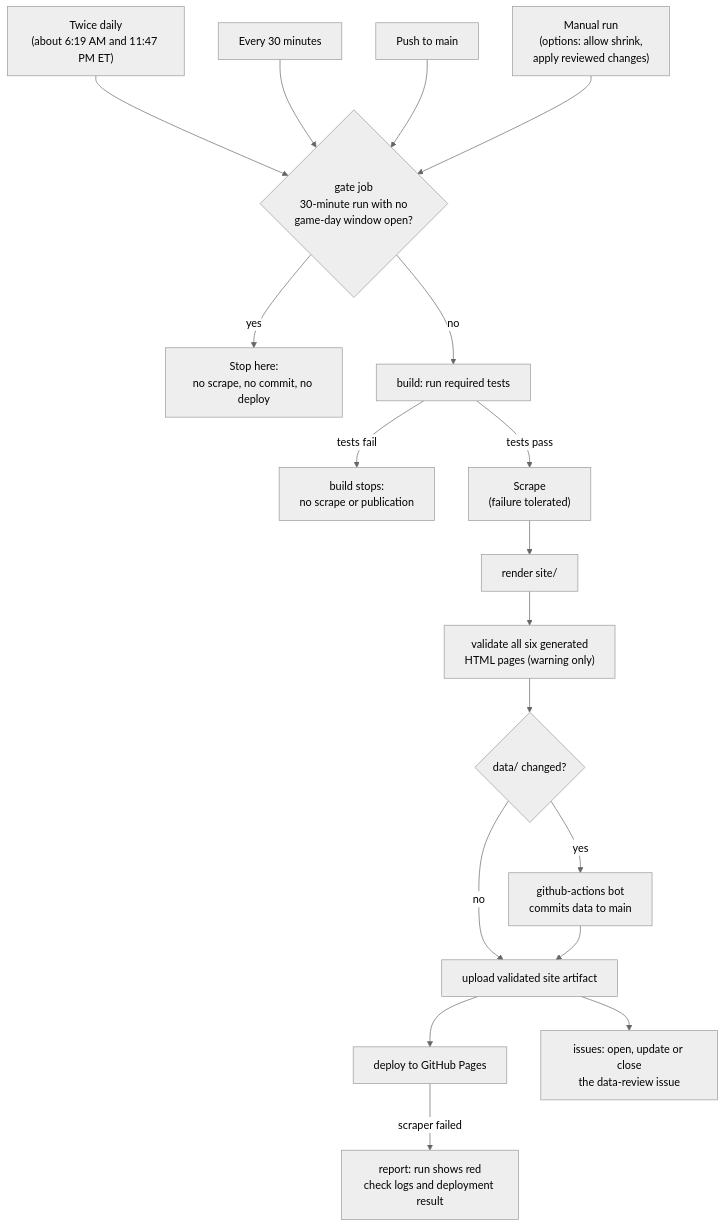
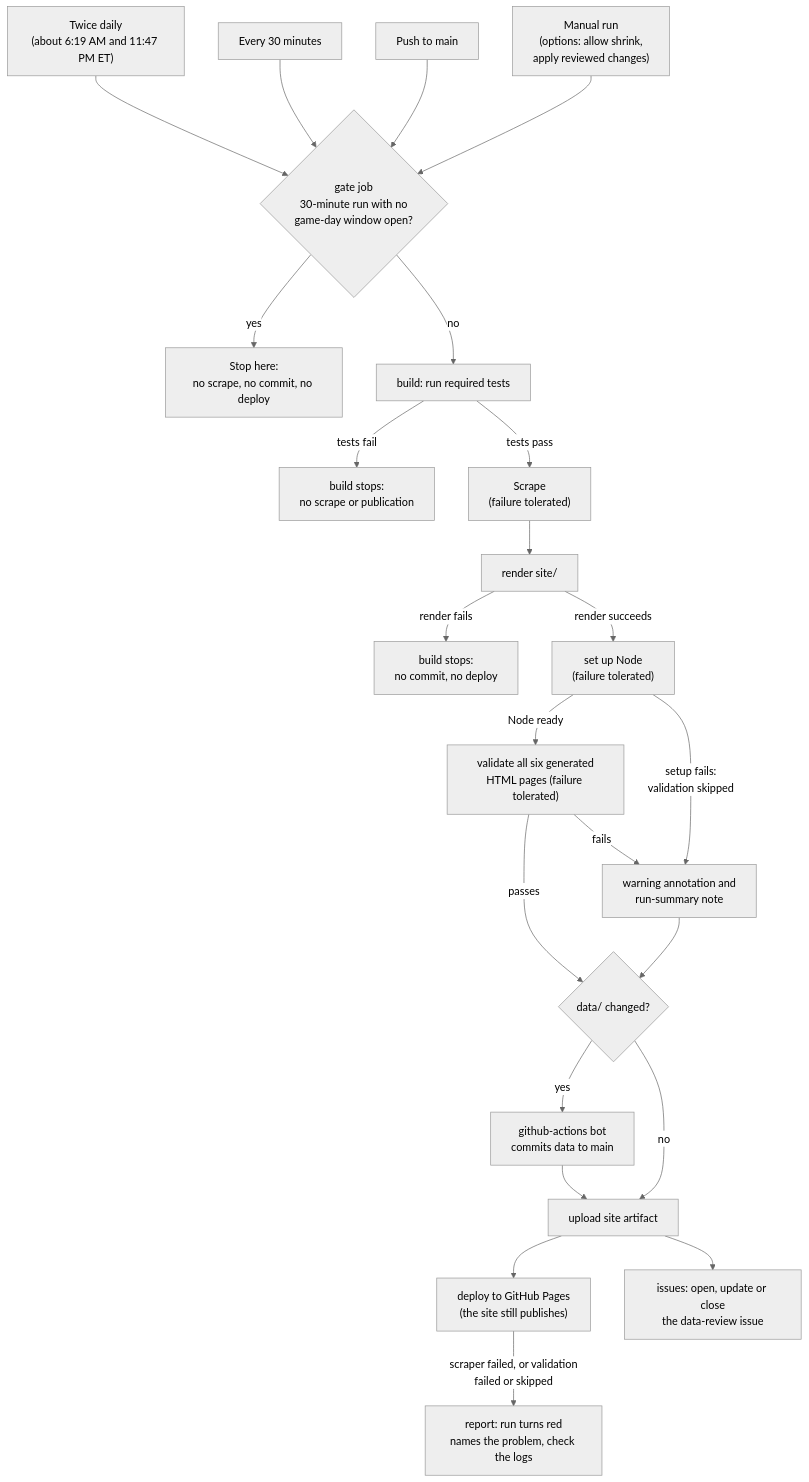
Before and after one commit to Haynesmodel/DePauw-vs-Wabash-web: the second of 3 diagrams in README.md, drawn with Mermaid (neutral theme). The commit also changed 1 other file, not shown here.

Commit message:
Show the render-failure and validation-warning paths in the run-flow diagram

````diff
--- a/README.md
+++ b/README.md
@@ -175,21 +175,26 @@
 ```mermaid
 flowchart TD
   T1["Twice daily<br/>(about 6:19 AM and 11:47 PM ET)"] --> G
   T2["Every 30 minutes"] --> G
   T3["Push to main"] --> G
   T4["Manual run<br/>(options: allow shrink,<br/>apply reviewed changes)"] --> G
   G{"gate job<br/>30-minute run with no<br/>game-day window open?"}
   G -- "yes" --> X["Stop here:<br/>no scrape, no commit, no deploy"]
   G -- "no" --> B["build: run required tests"]
   B -- "tests fail" --> TF["build stops:<br/>no scrape or publication"]
   B -- "tests pass" --> S["Scrape<br/>(failure tolerated)"]
   S --> R["render site/"]
-  R --> V["validate all six generated<br/>HTML pages (warning only)"]
-  V --> C{"data/ changed?"}
+  R -- "render fails" --> RF["build stops:<br/>no commit, no deploy"]
+  R -- "render succeeds" --> N["set up Node<br/>(failure tolerated)"]
+  N -- "Node ready" --> V["validate all six generated<br/>HTML pages (failure tolerated)"]
+  N -- "setup fails:<br/>validation skipped" --> W
+  V -- "passes" --> C
+  V -- "fails" --> W["warning annotation and<br/>run-summary note"]
+  W --> C{"data/ changed?"}
   C -- "yes" --> CM["github-actions bot<br/>commits data to main"]
   C -- "no" --> U
-  CM --> U["upload validated site artifact"]
-  U --> D["deploy to GitHub Pages"]
+  CM --> U["upload site artifact"]
+  U --> D["deploy to GitHub Pages<br/>(the site still publishes)"]
   U --> IS["issues: open, update or close<br/>the data-review issue"]
-  D -- "scraper failed" --> RP["report: run shows red<br/>check logs and deployment result"]
+  D -- "scraper failed, or validation<br/>failed or skipped" --> RP["report: run turns red<br/>names the problem, check the logs"]
 ```
````
